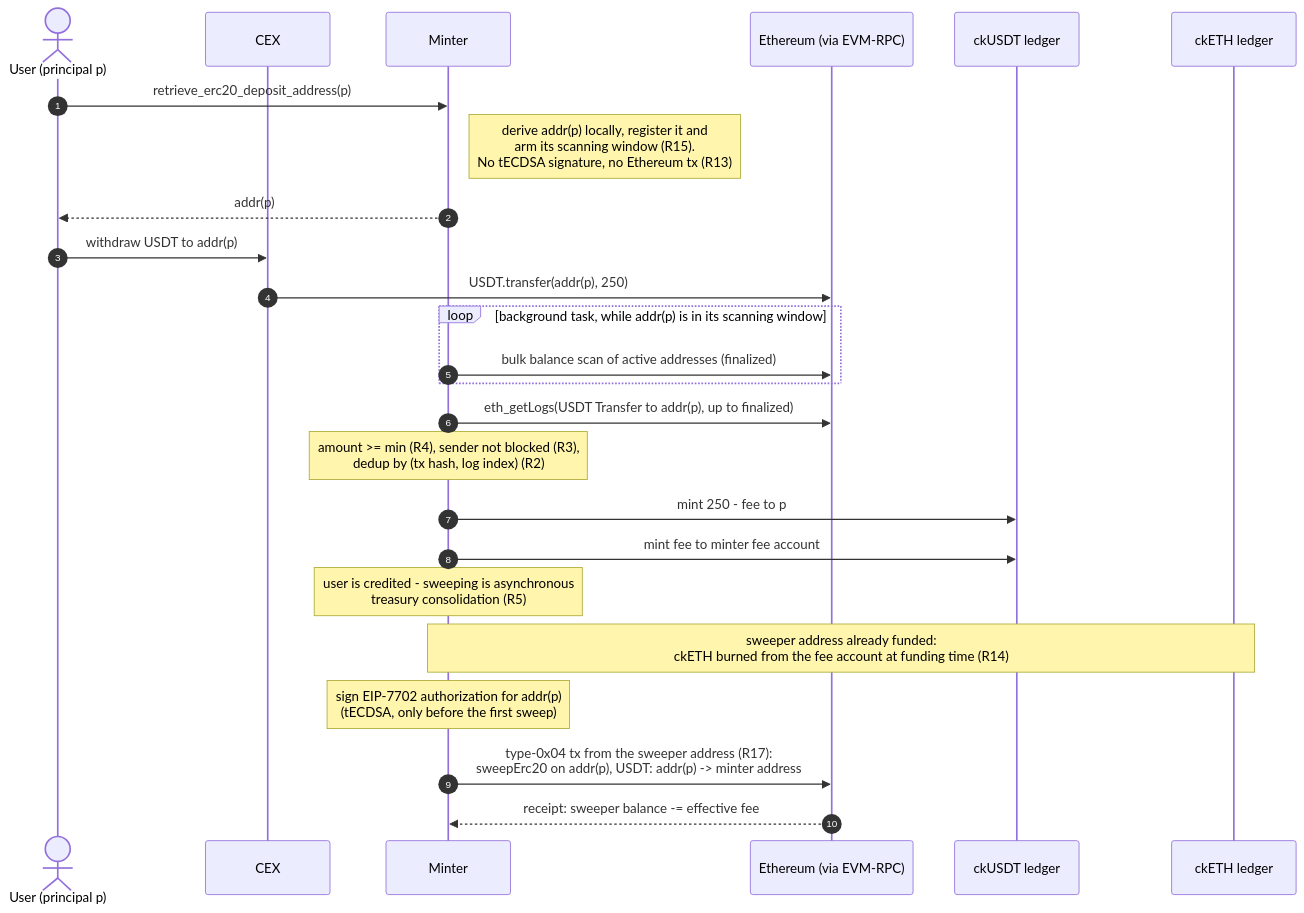
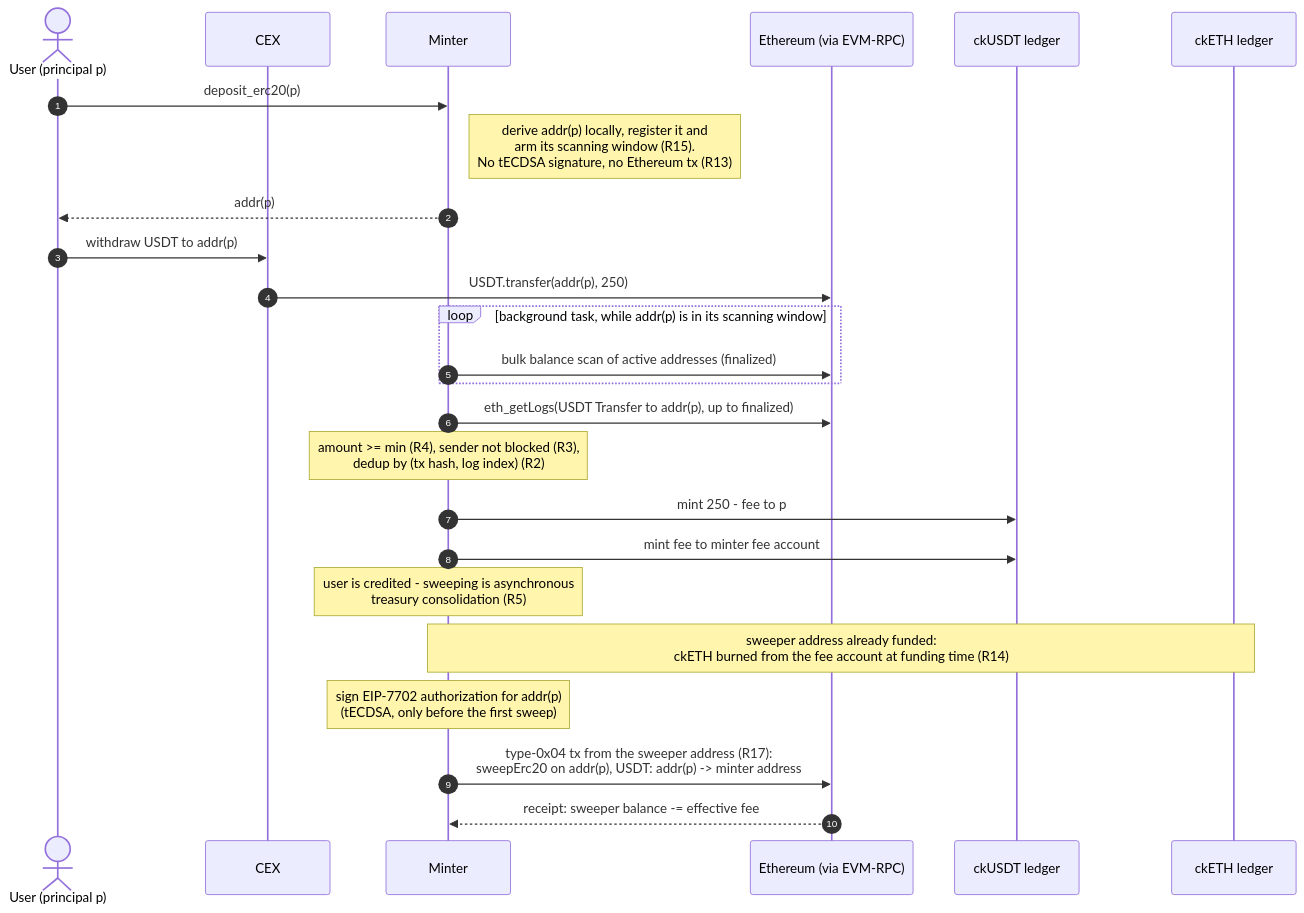
Before and after one commit to dfinity/ic: the first of 3 diagrams in rs/ethereum/cketh/docs/deposit_from_cex.md, drawn with Mermaid. The commit also changed other lines of this file, not shown here.

First line of the commit message:
docs: rename endpoint to deposit_erc20/deposit_eth, unify with sponsoring

````diff
--- a/rs/ethereum/cketh/docs/deposit_from_cex.md
+++ b/rs/ethereum/cketh/docs/deposit_from_cex.md
@@ -221,28 +222,28 @@
 ```mermaid
 sequenceDiagram
     autonumber
     actor User as User (principal p)
     participant CEX
     participant Minter
     participant Eth as Ethereum (via EVM-RPC)
     participant CkUsdtLedger as ckUSDT ledger
     participant CkEthLedger as ckETH ledger
 
-    User->>Minter: retrieve_erc20_deposit_address(p)
+    User->>Minter: deposit_erc20(p)
     Note right of Minter: derive addr(p) locally, register it and<br/>arm its scanning window (R15).<br/>No tECDSA signature, no Ethereum tx (R13)
     Minter-->>User: addr(p)
     User->>CEX: withdraw USDT to addr(p)
     CEX->>Eth: USDT.transfer(addr(p), 250)
     loop background task, while addr(p) is in its scanning window
         Minter->>Eth: bulk balance scan of active addresses (finalized)
     end
     Minter->>Eth: eth_getLogs(USDT Transfer to addr(p), up to finalized)
     Note over Minter: amount >= min (R4), sender not blocked (R3),<br/>dedup by (tx hash, log index) (R2)
     Minter->>CkUsdtLedger: mint 250 - fee to p
     Minter->>CkUsdtLedger: mint fee to minter fee account
     Note over Minter: user is credited - sweeping is asynchronous<br/>treasury consolidation (R5)
     Note over Minter,CkEthLedger: sweeper address already funded:<br/>ckETH burned from the fee account at funding time (R14)
     Note over Minter: sign EIP-7702 authorization for addr(p)<br/>(tECDSA, only before the first sweep)
     Minter->>Eth: type-0x04 tx from the sweeper address (R17):<br/>sweepErc20 on addr(p), USDT: addr(p) -> minter address
     Eth-->>Minter: receipt: sweeper balance -= effective fee
 ```
````
